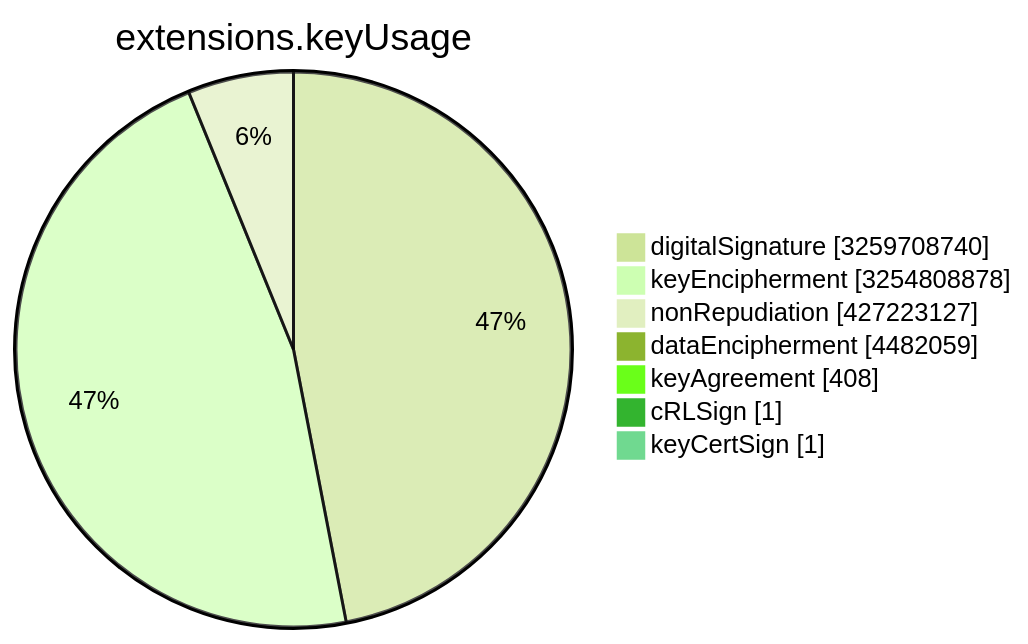
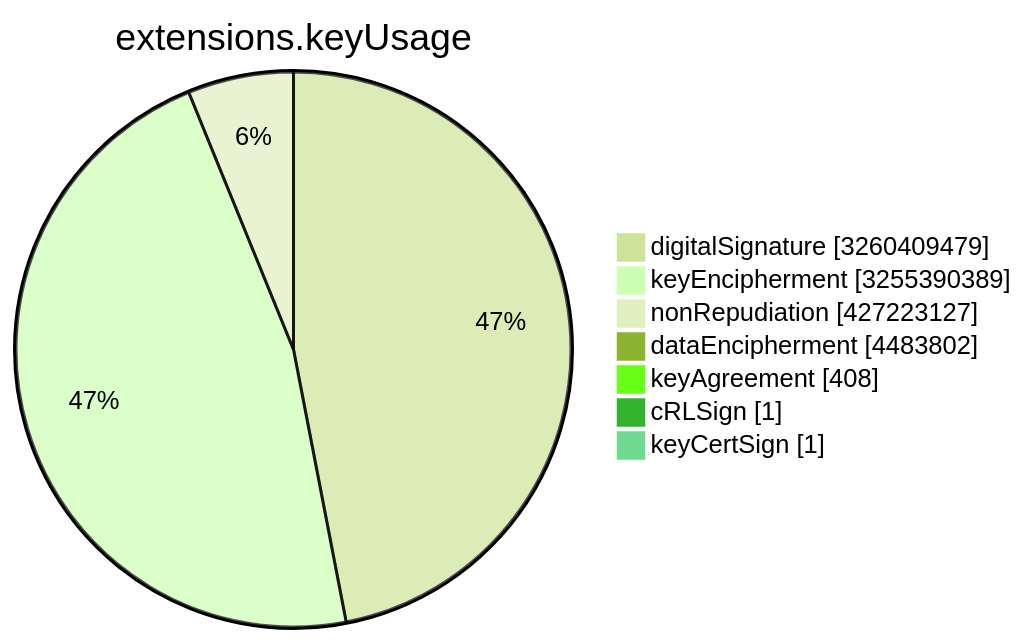
Before and after one commit to christiankrug/ctmonitor_visualization: the sixth of 15 diagrams in TOTAL/README.md, drawn with Mermaid (forest theme). The commit also changed other lines of this file, not shown here.

````diff
--- a/TOTAL/README.md
+++ b/TOTAL/README.md
@@ -3078,11 +3078,11 @@
 ```mermaid
 pie showData
 title extensions.keyUsage
-"digitalSignature" :3259708740
-"keyEncipherment" :3254808878
+"digitalSignature" :3260409479
+"keyEncipherment" :3255390389
 "nonRepudiation" :427223127
-"dataEncipherment" :4482059
+"dataEncipherment" :4483802
 "keyAgreement" :408
 "cRLSign" :1
 "keyCertSign" :1
 ```
````
